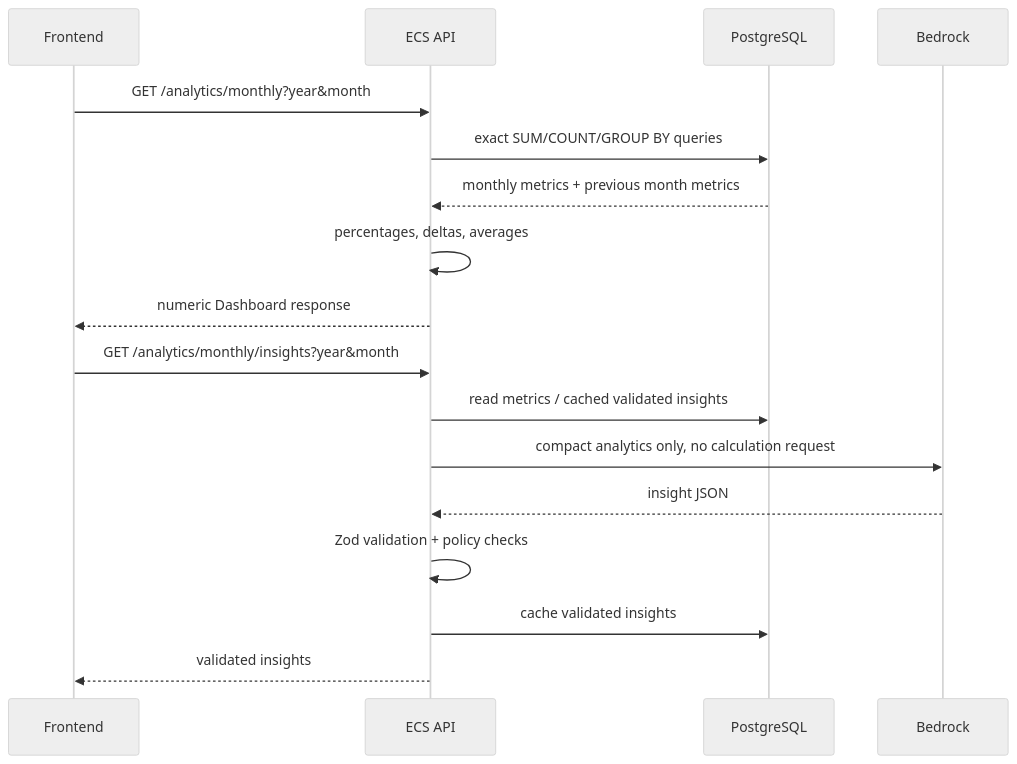
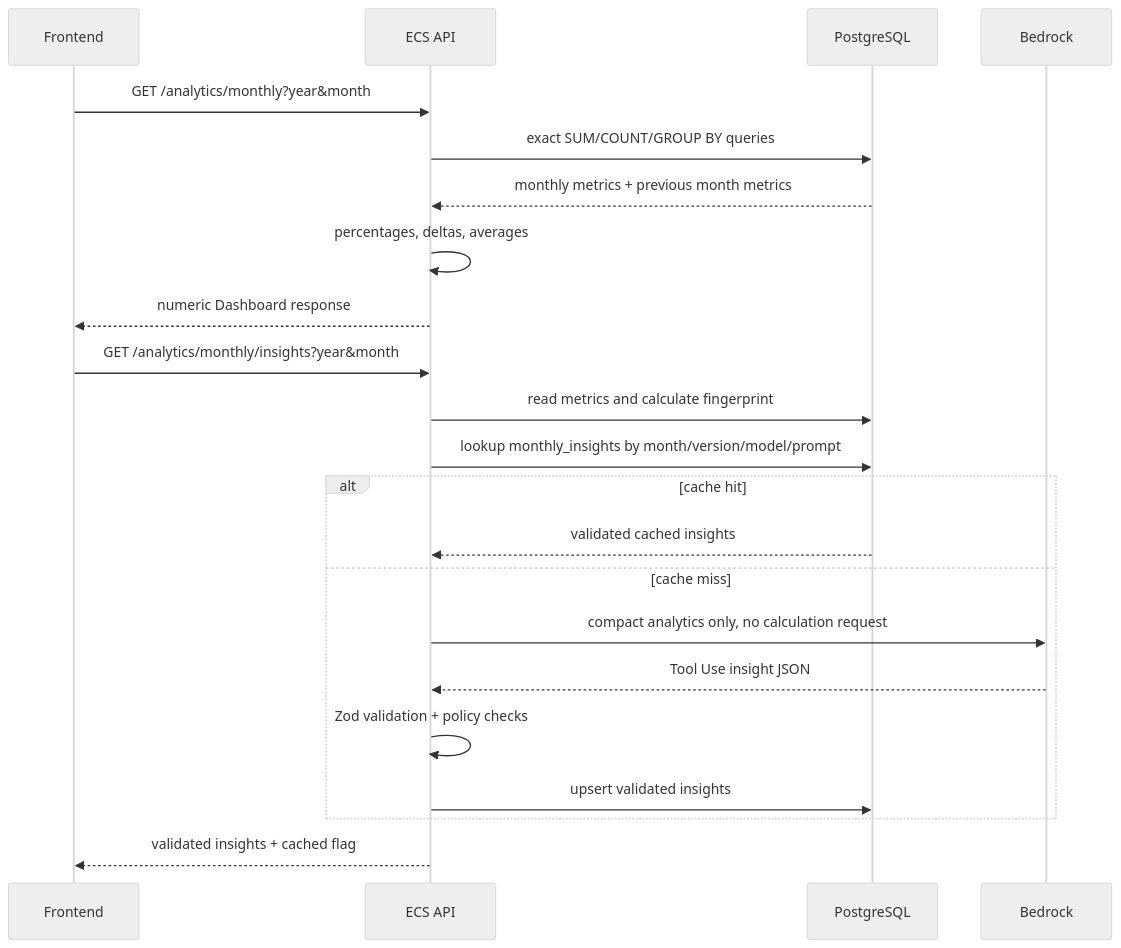
The fifth of 5 diagrams in ARCHITECTURE.md (tiri641/ai-statement-analyzer), drawn with Mermaid (neutral theme) before and after one commit. The commit also changed 23 other files, not shown here.

````diff
--- a/ARCHITECTURE.md
+++ b/ARCHITECTURE.md
@@ -133,20 +133,25 @@
 ```mermaid
 sequenceDiagram
     participant FE as Frontend
     participant API as ECS API
     participant DB as PostgreSQL
     participant B as Bedrock
 
     FE->>API: GET /analytics/monthly?year&month
     API->>DB: exact SUM/COUNT/GROUP BY queries
     DB-->>API: monthly metrics + previous month metrics
     API->>API: percentages, deltas, averages
     API-->>FE: numeric Dashboard response
     FE->>API: GET /analytics/monthly/insights?year&month
-    API->>DB: read metrics / cached validated insights
-    API->>B: compact analytics only, no calculation request
-    B-->>API: insight JSON
-    API->>API: Zod validation + policy checks
-    API->>DB: cache validated insights
-    API-->>FE: validated insights
+    API->>DB: read metrics and calculate fingerprint
+    API->>DB: lookup monthly_insights by month/version/model/prompt
+    alt cache hit
+        DB-->>API: validated cached insights
+    else cache miss
+        API->>B: compact analytics only, no calculation request
+        B-->>API: Tool Use insight JSON
+        API->>API: Zod validation + policy checks
+        API->>DB: upsert validated insights
+    end
+    API-->>FE: validated insights + cached flag
 ```
````
